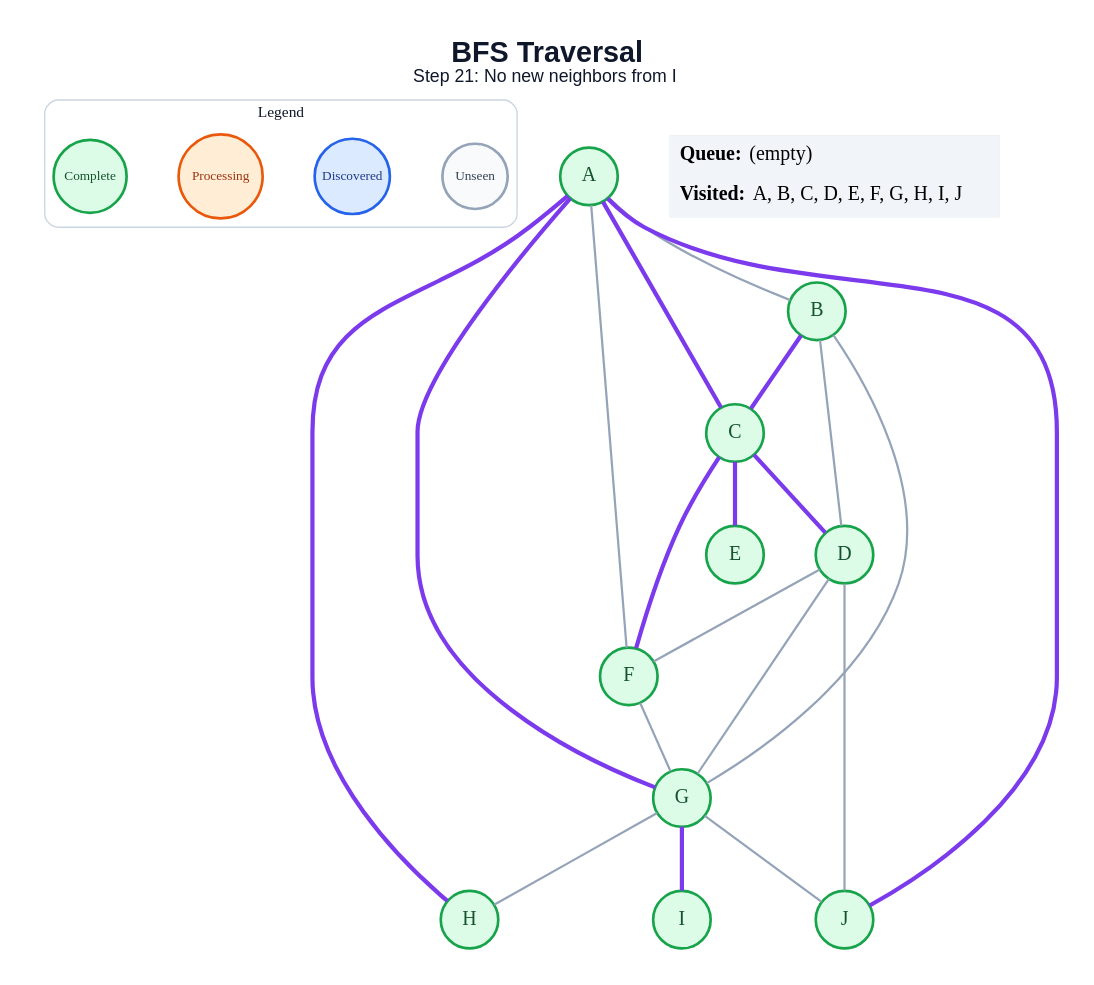
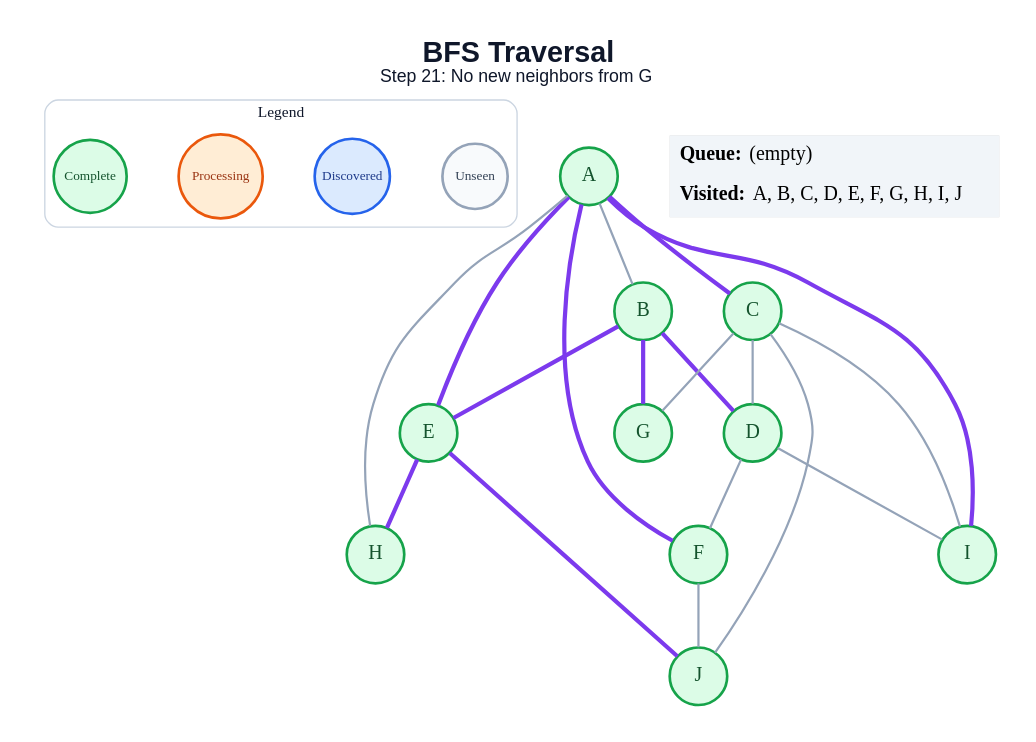
Before and after one commit to amanghodawala9/ai-slop: the diagram in generated/specific-node/bfs/step_21.dot, drawn with Graphviz. The commit also changed 178 other files, not shown here.

```diff
--- a/generated/specific-node/bfs/step_21.dot
+++ b/generated/specific-node/bfs/step_21.dot
@@ -1,48 +1,47 @@
 graph traversal {
   graph [layout=dot, rankdir=TB, bgcolor="#FFFFFF", pad="0.35", nodesep="0.65", ranksep="0.8", fontname="Arial"];
   node [shape=circle, style="filled", fontname="Arial Bold", fontsize=18, width=0.72, fixedsize=true, penwidth=2.4];
   edge [color="#94A3B8", penwidth=2.0];
-  label=<<B>BFS Traversal</B><BR/><FONT POINT-SIZE="16">Step 21: No new neighbors from I</FONT>>; labelloc="t"; fontsize=26; fontname="Arial"; fontcolor="#0F172A";
+  label=<<B>BFS Traversal</B><BR/><FONT POINT-SIZE="16">Step 21: No new neighbors from G</FONT>>; labelloc="t"; fontsize=26; fontname="Arial"; fontcolor="#0F172A";
   subgraph cluster_legend { label="Legend"; color="#CBD5E1"; penwidth=1.2; style="rounded"; fontsize=14; fontname="Arial Bold";
     key_unseen [label="Unseen", fillcolor="#F8FAFC", color="#94A3B8", fontcolor="#334155", fontsize=12, width=0.82];
     key_frontier [label="Discovered", fillcolor="#DBEAFE", color="#2563EB", fontcolor="#1E3A8A", fontsize=12, width=0.95];
     key_current [label="Processing", fillcolor="#FFEDD5", color="#EA580C", fontcolor="#9A3412", fontsize=12, width=1.05];
     key_done [label="Complete", fillcolor="#DCFCE7", color="#16A34A", fontcolor="#14532D", fontsize=12, width=0.92];
     { rank=same; key_unseen; key_frontier; key_current; key_done; }
   }
   A [fillcolor="#DCFCE7", color="#16A34A", fontcolor="#14532D"];
   B [fillcolor="#DCFCE7", color="#16A34A", fontcolor="#14532D"];
   C [fillcolor="#DCFCE7", color="#16A34A", fontcolor="#14532D"];
   D [fillcolor="#DCFCE7", color="#16A34A", fontcolor="#14532D"];
   E [fillcolor="#DCFCE7", color="#16A34A", fontcolor="#14532D"];
   F [fillcolor="#DCFCE7", color="#16A34A", fontcolor="#14532D"];
   G [fillcolor="#DCFCE7", color="#16A34A", fontcolor="#14532D"];
   H [fillcolor="#DCFCE7", color="#16A34A", fontcolor="#14532D"];
   I [fillcolor="#DCFCE7", color="#16A34A", fontcolor="#14532D"];
   J [fillcolor="#DCFCE7", color="#16A34A", fontcolor="#14532D"];
   A -- B;
   A -- C [color="#7C3AED", penwidth=3.8];
-  A -- F;
-  A -- G [color="#7C3AED", penwidth=3.8];
-  A -- H [color="#7C3AED", penwidth=3.8];
-  A -- J [color="#7C3AED", penwidth=3.8];
-  B -- C [color="#7C3AED", penwidth=3.8];
-  B -- D;
-  B -- G;
-  C -- D [color="#7C3AED", penwidth=3.8];
-  C -- E [color="#7C3AED", penwidth=3.8];
-  C -- F [color="#7C3AED", penwidth=3.8];
+  A -- E [color="#7C3AED", penwidth=3.8];
+  A -- F [color="#7C3AED", penwidth=3.8];
+  A -- H;
+  A -- I [color="#7C3AED", penwidth=3.8];
+  B -- D [color="#7C3AED", penwidth=3.8];
+  B -- E [color="#7C3AED", penwidth=3.8];
+  B -- G [color="#7C3AED", penwidth=3.8];
+  C -- D;
+  C -- G;
+  C -- I;
+  C -- J;
   D -- F;
-  D -- G;
-  D -- J;
-  F -- G;
-  G -- H;
-  G -- I [color="#7C3AED", penwidth=3.8];
-  G -- J;
+  D -- I;
+  E -- H [color="#7C3AED", penwidth=3.8];
+  E -- J [color="#7C3AED", penwidth=3.8];
+  F -- J;
   status [shape=plain, fixedsize=false, width=0, height=0, margin=0, label=<
     <TABLE BORDER="0" CELLBORDER="0" CELLPADDING="7" BGCOLOR="#F1F5F9">
       <TR><TD ALIGN="LEFT"><B>Queue:</B> (empty)</TD></TR>
       <TR><TD ALIGN="LEFT"><B>Visited:</B> A, B, C, D, E, F, G, H, I, J</TD></TR>
     </TABLE>
   >];
 }
```
